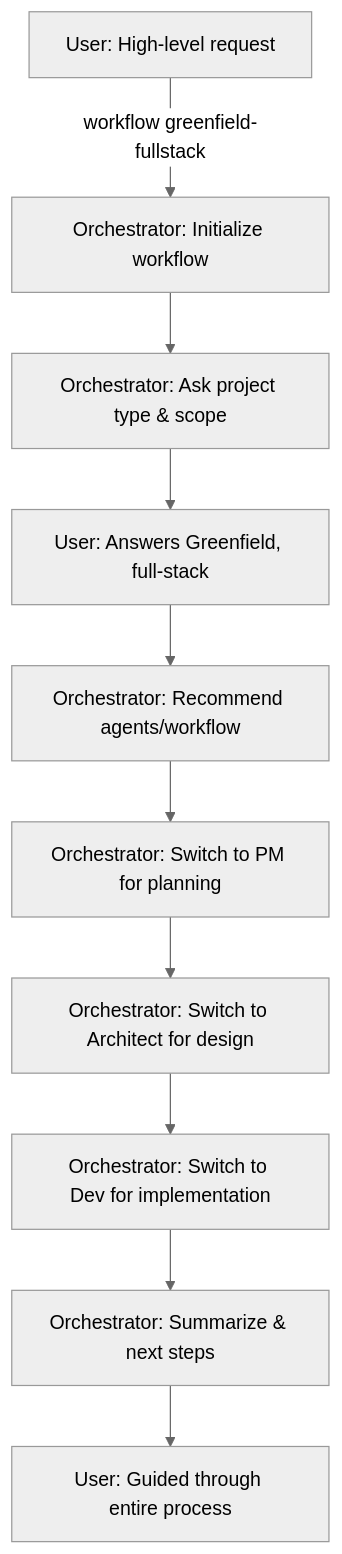
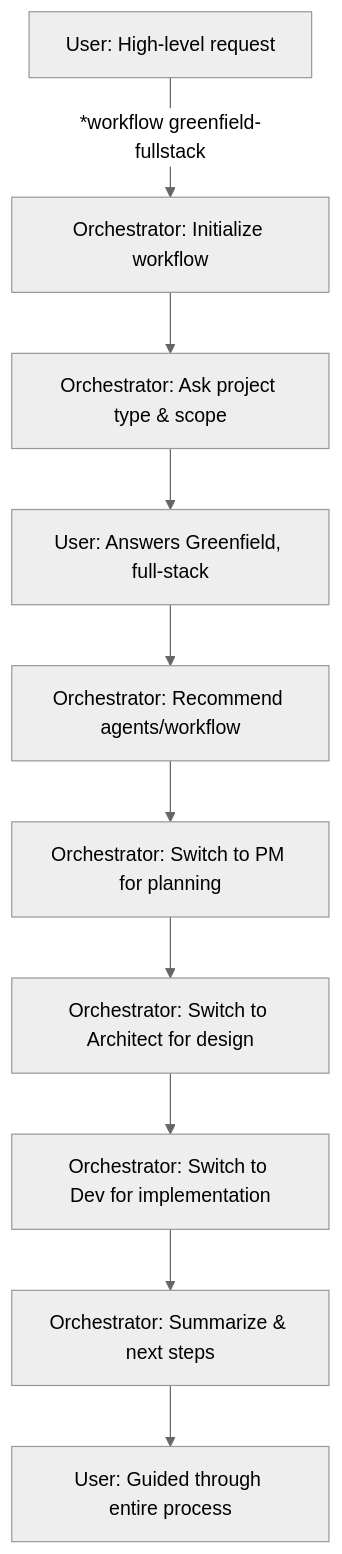
Before and after one commit to hitesh-goel/BMAD-METHOD: diagram 17 of 20 in diagrams.md, drawn with Mermaid (neutral theme). The commit also changed other lines of this file, not shown here.

Commit message:
refactor: update flowchart commands in diagrams.md to use asterisk prefix for consistency and clarity. Enhanced agent command structures and added detailed workflow conditional flows for improved documentation.

````diff
--- a/diagrams.md
+++ b/diagrams.md
@@ -489,12 +719,12 @@
 ```mermaid
 flowchart TD
-    U["User: High-level request"] -->|"workflow greenfield-fullstack"| O["Orchestrator: Initialize workflow"]
+    U["User: High-level request"] -->|"*workflow greenfield-fullstack"| O["Orchestrator: Initialize workflow"]
     O --> O1["Orchestrator: Ask project type & scope"]
     O1 --> U2["User: Answers Greenfield, full-stack"]
     U2 --> O2["Orchestrator: Recommend agents/workflow"]
     O2 --> O3["Orchestrator: Switch to PM for planning"]
     O3 --> O4["Orchestrator: Switch to Architect for design"]
     O4 --> O5["Orchestrator: Switch to Dev for implementation"]
     O5 --> O6["Orchestrator: Summarize & next steps"]
     O6 --> U3["User: Guided through entire process"]
 ```
````
